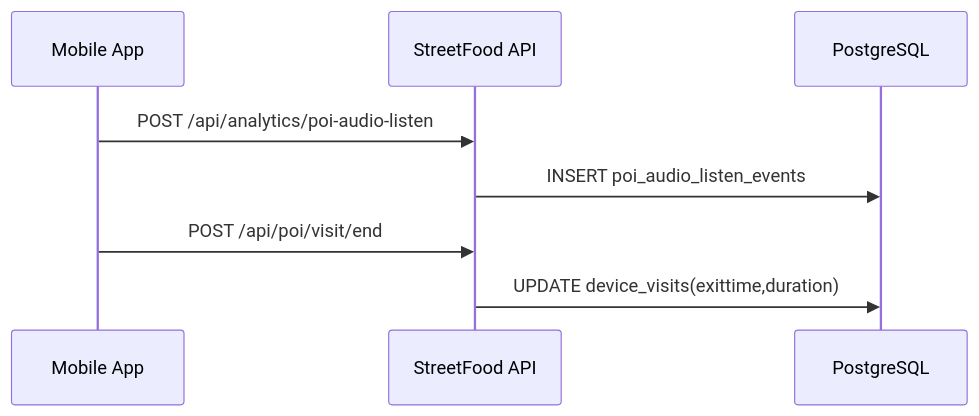
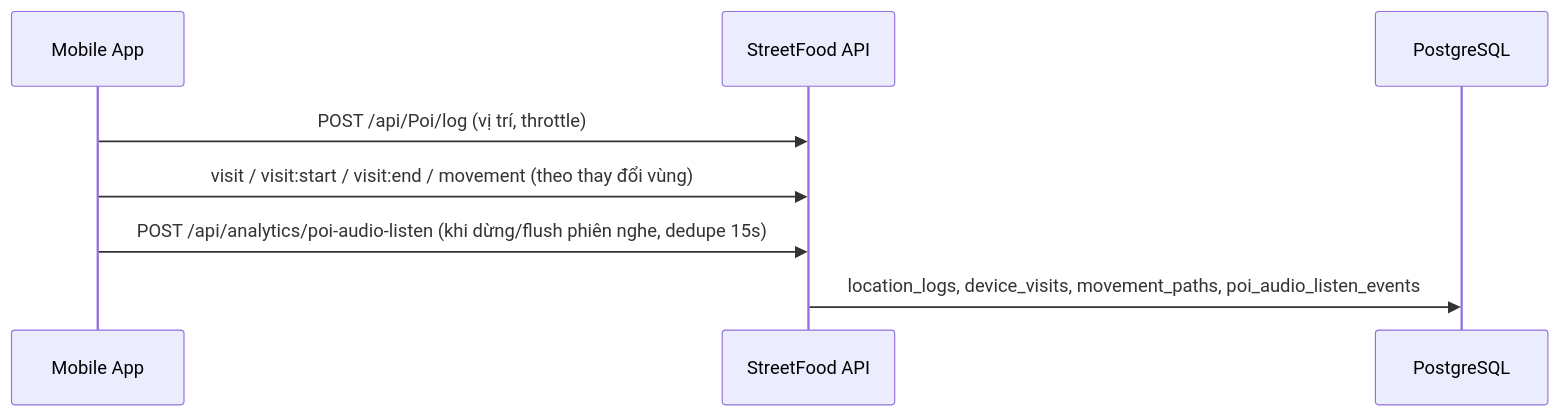
Diagram 16 of 55 in prd.md (NguyenPhuc-Du/StreetFood), drawn with Mermaid before and after one commit. The commit also changed other lines of this file and 8 other files, not shown here.

````diff
--- a/prd.md
+++ b/prd.md
@@ -883,11 +986,11 @@
 ```mermaid
 sequenceDiagram
     participant M as Mobile App
     participant API as StreetFood API
     participant DB as PostgreSQL
 
-    M->>API: POST /api/analytics/poi-audio-listen
-    API->>DB: INSERT poi_audio_listen_events
-    M->>API: POST /api/poi/visit/end
-    API->>DB: UPDATE device_visits(exittime,duration)
+    M->>API: POST /api/Poi/log (vị trí, throttle)
+    M->>API: visit / visit:start / visit:end / movement (theo thay đổi vùng)
+    M->>API: POST /api/analytics/poi-audio-listen (khi dừng/flush phiên nghe, dedupe 15s)
+    API->>DB: location_logs, device_visits, movement_paths, poi_audio_listen_events
 ```
````
